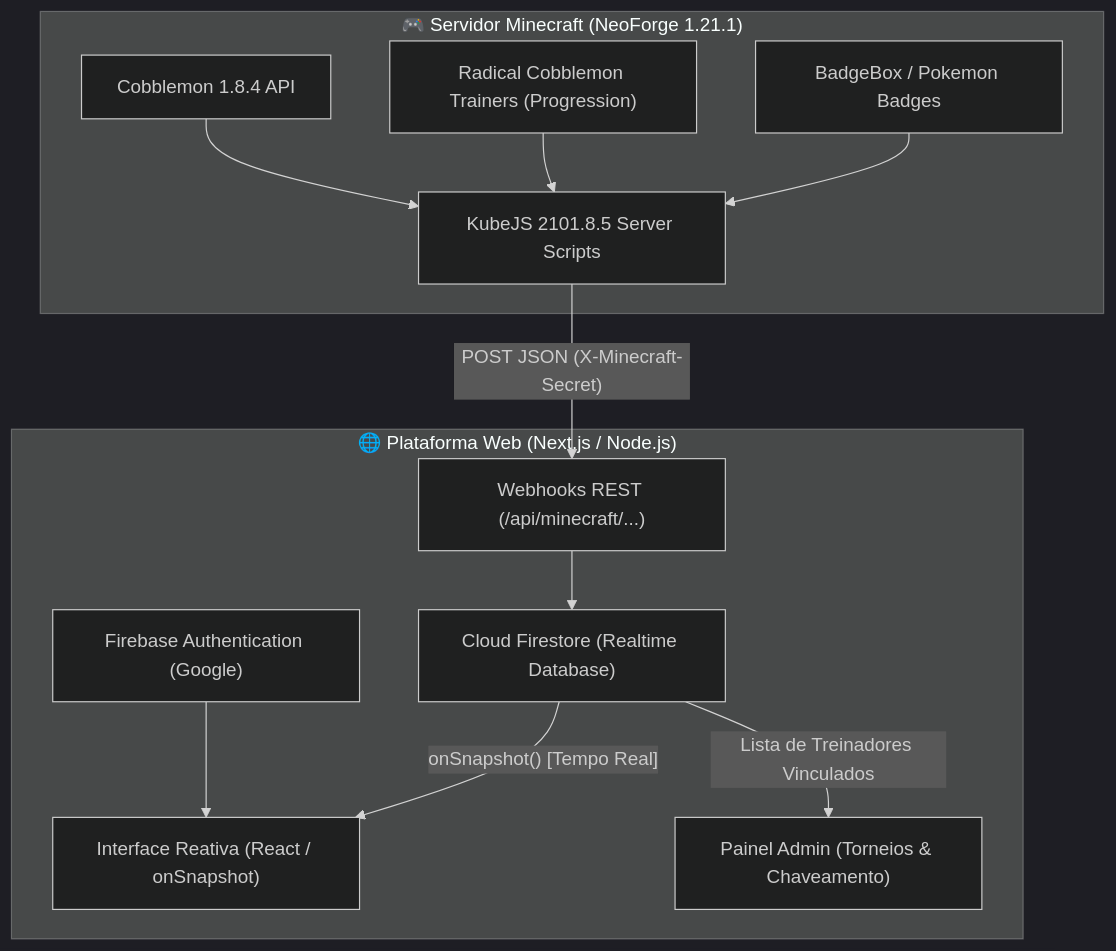
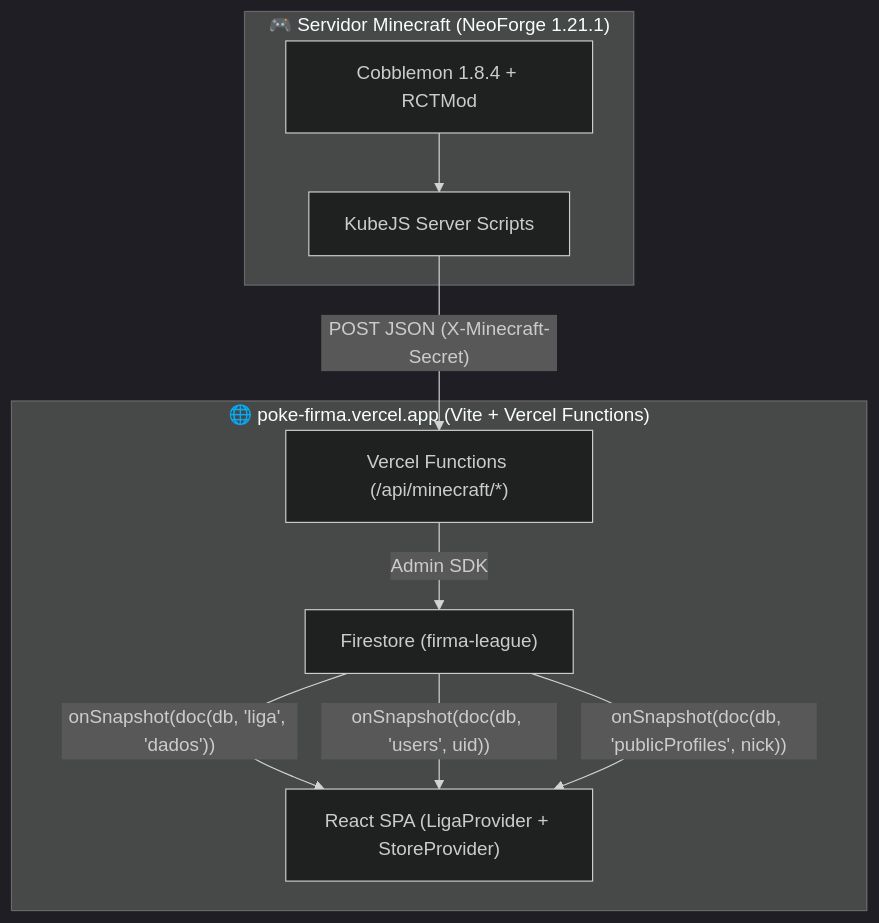
The diagram in docs/WEB_INTEGRATION_SPEC.md (Ryannzadas/firma-league-modpack), drawn with Mermaid (dark theme) before and after one commit. The commit also changed other lines of this file, not shown here.

Commit message:
docs: align web integration spec with exact poke-firma.vercel.app Firestore schemas and components

````diff
--- a/docs/WEB_INTEGRATION_SPEC.md
+++ b/docs/WEB_INTEGRATION_SPEC.md
@@ -9,26 +22,20 @@
 ```mermaid
 flowchart TD
     subgraph Minecraft["🎮 Servidor Minecraft (NeoForge 1.21.1)"]
-        KJS["KubeJS 2101.8.5 Server Scripts"]
-        CBL["Cobblemon 1.8.4 API"]
-        RCT["Radical Cobblemon Trainers (Progression)"]
-        BDG["BadgeBox / Pokemon Badges"]
+        KJS["KubeJS Server Scripts"]
+        CBL["Cobblemon 1.8.4 + RCTMod"]
     end
 
-    subgraph WebApp["🌐 Plataforma Web (Next.js / Node.js)"]
-        API["Webhooks REST (/api/minecraft/...)"]
-        AUTH["Firebase Authentication (Google)"]
-        FS["Cloud Firestore (Realtime Database)"]
-        ADMIN["Painel Admin (Torneios & Chaveamento)"]
-        UI["Interface Reativa (React / onSnapshot)"]
+    subgraph Vercel["🌐 poke-firma.vercel.app (Vite + Vercel Functions)"]
+        API["Vercel Functions (/api/minecraft/*)"]
+        FS["Firestore (firma-league)"]
+        UI["React SPA (LigaProvider + StoreProvider)"]
     end
 
     CBL --> KJS
-    RCT --> KJS
-    BDG --> KJS
     KJS -->|"POST JSON (X-Minecraft-Secret)"| API
-    API --> FS
-    AUTH --> UI
-    FS -->|"onSnapshot() [Tempo Real]"| UI
-    FS -->|"Lista de Treinadores Vinculados"| ADMIN
+    API -->|"Admin SDK"| FS
+    FS -->|"onSnapshot(doc(db, 'liga', 'dados'))"| UI
+    FS -->|"onSnapshot(doc(db, 'users', uid))"| UI
+    FS -->|"onSnapshot(doc(db, 'publicProfiles', nick))"| UI
 ```
````
